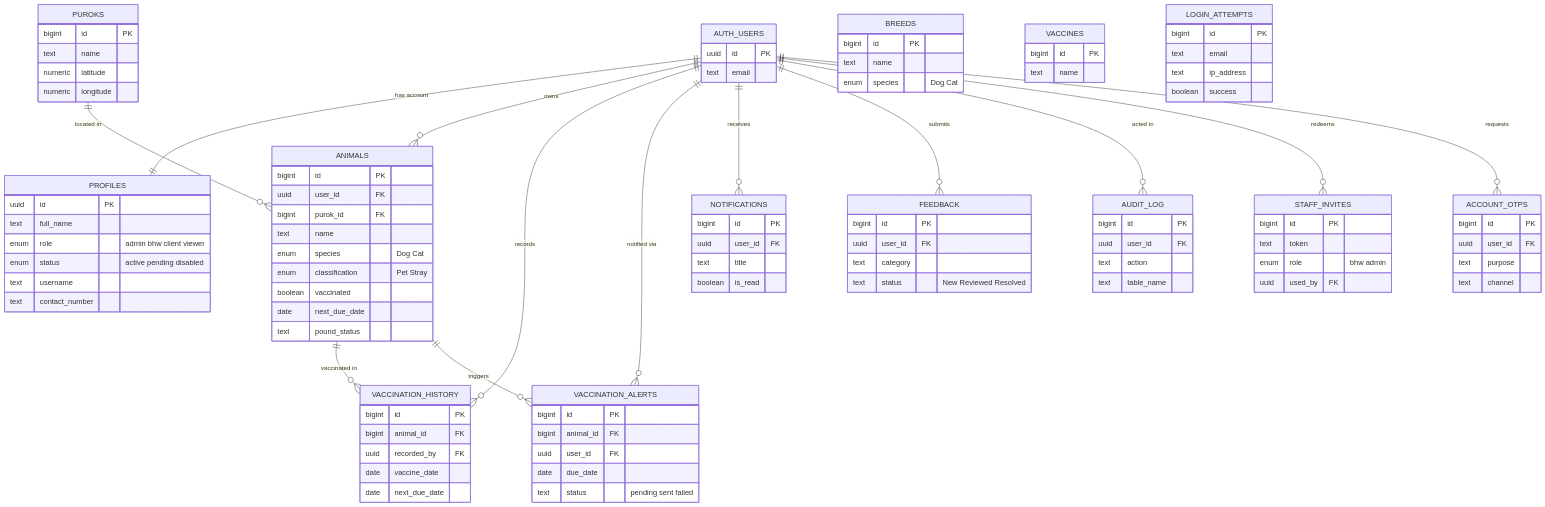
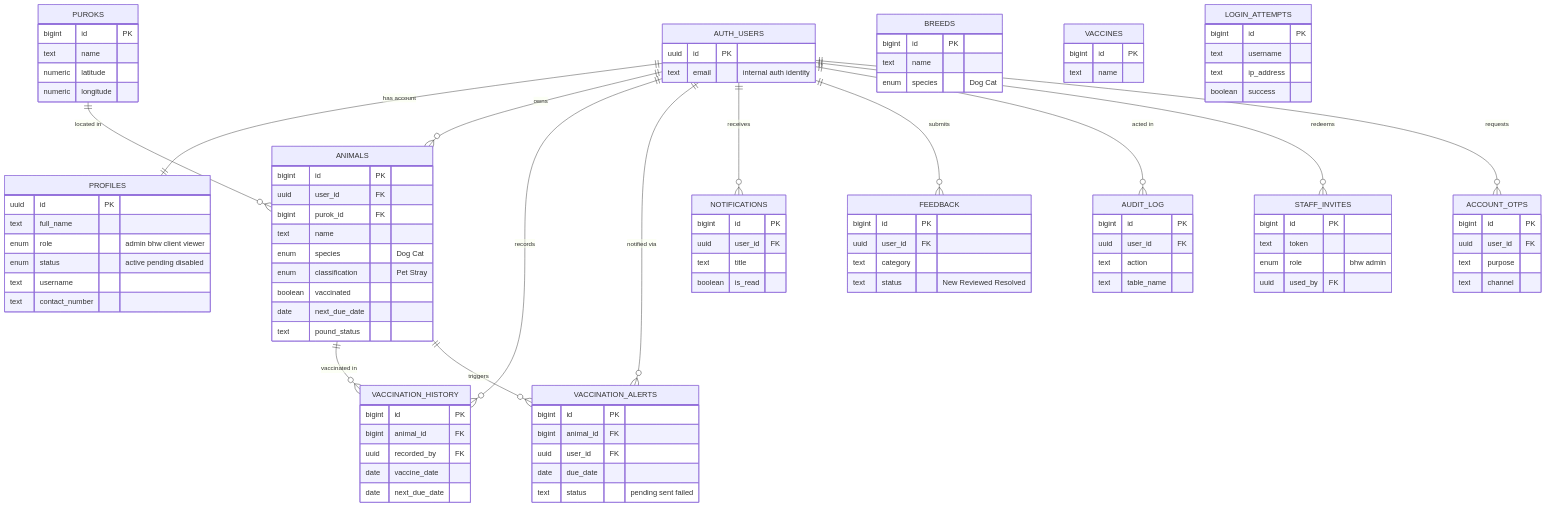
The fifth of 8 diagrams in DIAGRAMS.md (kiniakoangaccount/vaccitrack-capstone), drawn with Mermaid before and after one commit. The commit also changed other lines of this file and 34 other files, not shown here.

```diff
--- a/DIAGRAMS.md
+++ b/DIAGRAMS.md
@@ -145,7 +147,7 @@
 
   AUTH_USERS {
     uuid id PK
-    text email
+    text email "internal auth identity"
   }
   PROFILES {
     uuid id PK
@@ -227,7 +229,7 @@
   }
   LOGIN_ATTEMPTS {
     bigint id PK
-    text email
+    text username
     text ip_address
     boolean success
   }
```
